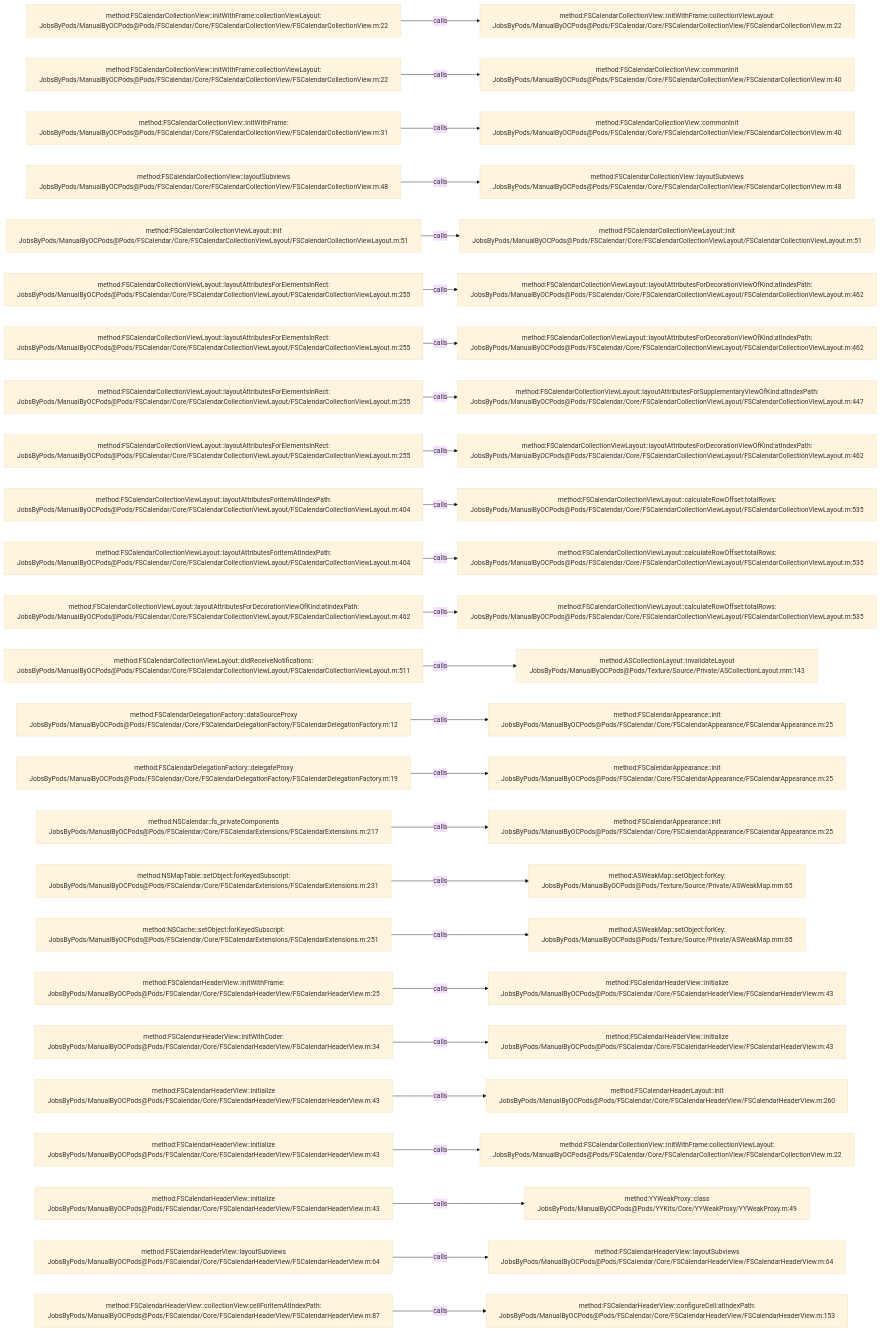
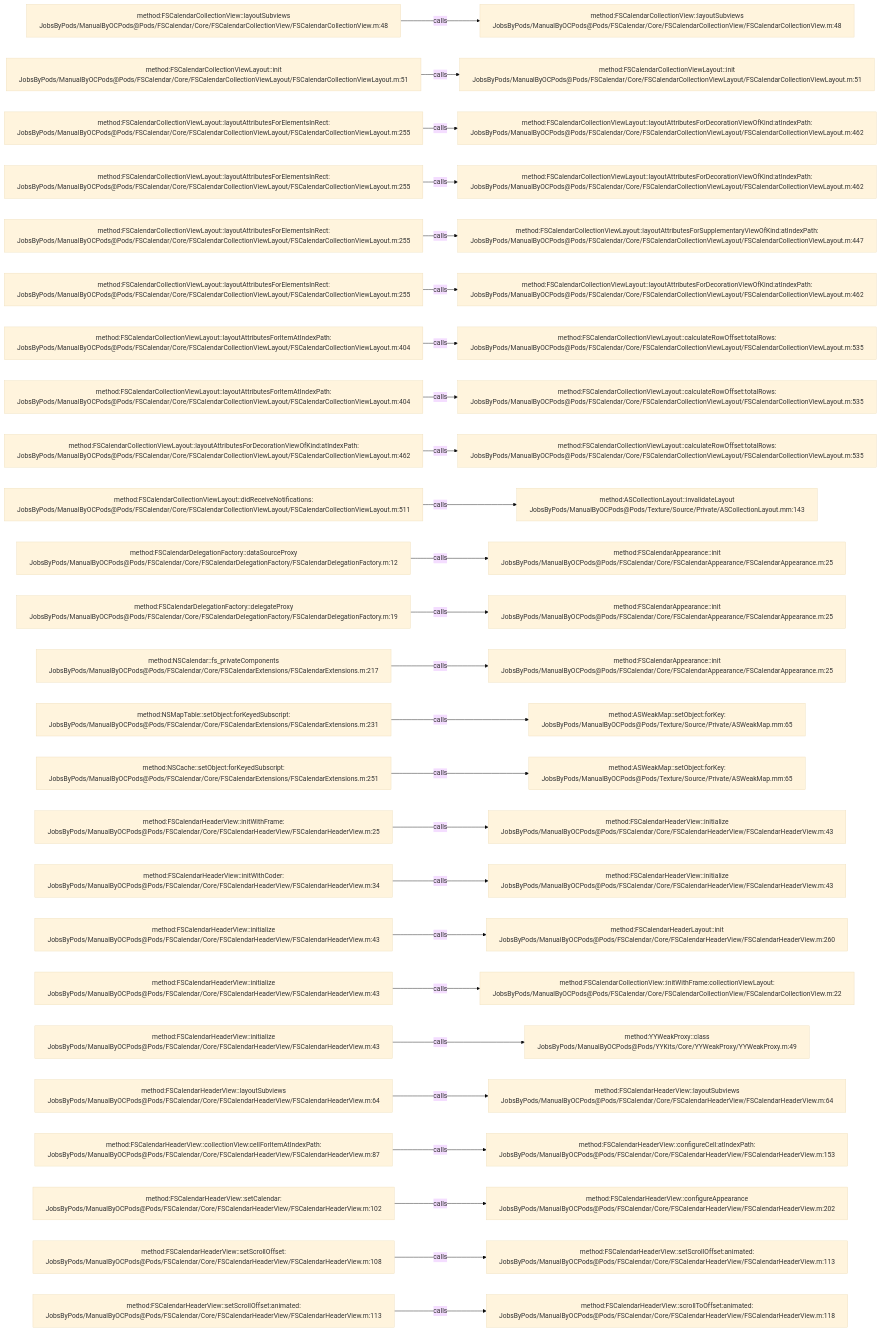
The diagram in .codegraph/codegraph.md/graphs/calls-016.md (JobsKits/JobsOCBaseConfigDemo), drawn with Mermaid (base theme) before and after one commit. The commit also changed 727 other files, not shown here.

````diff
--- a/.codegraph/codegraph.md/graphs/calls-016.md
+++ b/.codegraph/codegraph.md/graphs/calls-016.md
@@ -13,78 +13,78 @@
 ```mermaid
 flowchart LR
-  S1["method:FSCalendarCollectionView::initWithFrame:collectionViewLayout:<br/>JobsByPods/ManualByOCPods@Pods/FSCalendar/Core/FSCalendarCollectionView/FSCalendarCollectionView.m:22"]
-  T1["method:FSCalendarCollectionView::initWithFrame:collectionViewLayout:<br/>JobsByPods/ManualByOCPods@Pods/FSCalendar/Core/FSCalendarCollectionView/FSCalendarCollectionView.m:22"]
+  S1["method:FSCalendarCollectionView::layoutSubviews<br/>JobsByPods/ManualByOCPods@Pods/FSCalendar/Core/FSCalendarCollectionView/FSCalendarCollectionView.m:48"]
+  T1["method:FSCalendarCollectionView::layoutSubviews<br/>JobsByPods/ManualByOCPods@Pods/FSCalendar/Core/FSCalendarCollectionView/FSCalendarCollectionView.m:48"]
   S1 -->|calls| T1
-  S2["method:FSCalendarCollectionView::initWithFrame:collectionViewLayout:<br/>JobsByPods/ManualByOCPods@Pods/FSCalendar/Core/FSCalendarCollectionView/FSCalendarCollectionView.m:22"]
-  T2["method:FSCalendarCollectionView::commonInit<br/>JobsByPods/ManualByOCPods@Pods/FSCalendar/Core/FSCalendarCollectionView/FSCalendarCollectionView.m:40"]
+  S2["method:FSCalendarCollectionViewLayout::init<br/>JobsByPods/ManualByOCPods@Pods/FSCalendar/Core/FSCalendarCollectionViewLayout/FSCalendarCollectionViewLayout.m:51"]
+  T2["method:FSCalendarCollectionViewLayout::init<br/>JobsByPods/ManualByOCPods@Pods/FSCalendar/Core/FSCalendarCollectionViewLayout/FSCalendarCollectionViewLayout.m:51"]
   S2 -->|calls| T2
-  S3["method:FSCalendarCollectionView::initWithFrame:<br/>JobsByPods/ManualByOCPods@Pods/FSCalendar/Core/FSCalendarCollectionView/FSCalendarCollectionView.m:31"]
-  T3["method:FSCalendarCollectionView::commonInit<br/>JobsByPods/ManualByOCPods@Pods/FSCalendar/Core/FSCalendarCollectionView/FSCalendarCollectionView.m:40"]
+  S3["method:FSCalendarCollectionViewLayout::layoutAttributesForElementsInRect:<br/>JobsByPods/ManualByOCPods@Pods/FSCalendar/Core/FSCalendarCollectionViewLayout/FSCalendarCollectionViewLayout.m:255"]
+  T3["method:FSCalendarCollectionViewLayout::layoutAttributesForDecorationViewOfKind:atIndexPath:<br/>JobsByPods/ManualByOCPods@Pods/FSCalendar/Core/FSCalendarCollectionViewLayout/FSCalendarCollectionViewLayout.m:462"]
   S3 -->|calls| T3
-  S4["method:FSCalendarCollectionView::layoutSubviews<br/>JobsByPods/ManualByOCPods@Pods/FSCalendar/Core/FSCalendarCollectionView/FSCalendarCollectionView.m:48"]
-  T4["method:FSCalendarCollectionView::layoutSubviews<br/>JobsByPods/ManualByOCPods@Pods/FSCalendar/Core/FSCalendarCollectionView/FSCalendarCollectionView.m:48"]
+  S4["method:FSCalendarCollectionViewLayout::layoutAttributesForElementsInRect:<br/>JobsByPods/ManualByOCPods@Pods/FSCalendar/Core/FSCalendarCollectionViewLayout/FSCalendarCollectionViewLayout.m:255"]
+  T4["method:FSCalendarCollectionViewLayout::layoutAttributesForDecorationViewOfKind:atIndexPath:<br/>JobsByPods/ManualByOCPods@Pods/FSCalendar/Core/FSCalendarCollectionViewLayout/FSCalendarCollectionViewLayout.m:462"]
   S4 -->|calls| T4
-  S5["method:FSCalendarCollectionViewLayout::init<br/>JobsByPods/ManualByOCPods@Pods/FSCalendar/Core/FSCalendarCollectionViewLayout/FSCalendarCollectionViewLayout.m:51"]
-  T5["method:FSCalendarCollectionViewLayout::init<br/>JobsByPods/ManualByOCPods@Pods/FSCalendar/Core/FSCalendarCollectionViewLayout/FSCalendarCollectionViewLayout.m:51"]
+  S5["method:FSCalendarCollectionViewLayout::layoutAttributesForElementsInRect:<br/>JobsByPods/ManualByOCPods@Pods/FSCalendar/Core/FSCalendarCollectionViewLayout/FSCalendarCollectionViewLayout.m:255"]
+  T5["method:FSCalendarCollectionViewLayout::layoutAttributesForSupplementaryViewOfKind:atIndexPath:<br/>JobsByPods/ManualByOCPods@Pods/FSCalendar/Core/FSCalendarCollectionViewLayout/FSCalendarCollectionViewLayout.m:447"]
   S5 -->|calls| T5
   S6["method:FSCalendarCollectionViewLayout::layoutAttributesForElementsInRect:<br/>JobsByPods/ManualByOCPods@Pods/FSCalendar/Core/FSCalendarCollectionViewLayout/FSCalendarCollectionViewLayout.m:255"]
   T6["method:FSCalendarCollectionViewLayout::layoutAttributesForDecorationViewOfKind:atIndexPath:<br/>JobsByPods/ManualByOCPods@Pods/FSCalendar/Core/FSCalendarCollectionViewLayout/FSCalendarCollectionViewLayout.m:462"]
   S6 -->|calls| T6
-  S7["method:FSCalendarCollectionViewLayout::layoutAttributesForElementsInRect:<br/>JobsByPods/ManualByOCPods@Pods/FSCalendar/Core/FSCalendarCollectionViewLayout/FSCalendarCollectionViewLayout.m:255"]
-  T7["method:FSCalendarCollectionViewLayout::layoutAttributesForDecorationViewOfKind:atIndexPath:<br/>JobsByPods/ManualByOCPods@Pods/FSCalendar/Core/FSCalendarCollectionViewLayout/FSCalendarCollectionViewLayout.m:462"]
+  S7["method:FSCalendarCollectionViewLayout::layoutAttributesForItemAtIndexPath:<br/>JobsByPods/ManualByOCPods@Pods/FSCalendar/Core/FSCalendarCollectionViewLayout/FSCalendarCollectionViewLayout.m:404"]
+  T7["method:FSCalendarCollectionViewLayout::calculateRowOffset:totalRows:<br/>JobsByPods/ManualByOCPods@Pods/FSCalendar/Core/FSCalendarCollectionViewLayout/FSCalendarCollectionViewLayout.m:535"]
   S7 -->|calls| T7
-  S8["method:FSCalendarCollectionViewLayout::layoutAttributesForElementsInRect:<br/>JobsByPods/ManualByOCPods@Pods/FSCalendar/Core/FSCalendarCollectionViewLayout/FSCalendarCollectionViewLayout.m:255"]
-  T8["method:FSCalendarCollectionViewLayout::layoutAttributesForSupplementaryViewOfKind:atIndexPath:<br/>JobsByPods/ManualByOCPods@Pods/FSCalendar/Core/FSCalendarCollectionViewLayout/FSCalendarCollectionViewLayout.m:447"]
+  S8["method:FSCalendarCollectionViewLayout::layoutAttributesForItemAtIndexPath:<br/>JobsByPods/ManualByOCPods@Pods/FSCalendar/Core/FSCalendarCollectionViewLayout/FSCalendarCollectionViewLayout.m:404"]
+  T8["method:FSCalendarCollectionViewLayout::calculateRowOffset:totalRows:<br/>JobsByPods/ManualByOCPods@Pods/FSCalendar/Core/FSCalendarCollectionViewLayout/FSCalendarCollectionViewLayout.m:535"]
   S8 -->|calls| T8
-  S9["method:FSCalendarCollectionViewLayout::layoutAttributesForElementsInRect:<br/>JobsByPods/ManualByOCPods@Pods/FSCalendar/Core/FSCalendarCollectionViewLayout/FSCalendarCollectionViewLayout.m:255"]
-  T9["method:FSCalendarCollectionViewLayout::layoutAttributesForDecorationViewOfKind:atIndexPath:<br/>JobsByPods/ManualByOCPods@Pods/FSCalendar/Core/FSCalendarCollectionViewLayout/FSCalendarCollectionViewLayout.m:462"]
+  S9["method:FSCalendarCollectionViewLayout::layoutAttributesForDecorationViewOfKind:atIndexPath:<br/>JobsByPods/ManualByOCPods@Pods/FSCalendar/Core/FSCalendarCollectionViewLayout/FSCalendarCollectionViewLayout.m:462"]
+  T9["method:FSCalendarCollectionViewLayout::calculateRowOffset:totalRows:<br/>JobsByPods/ManualByOCPods@Pods/FSCalendar/Core/FSCalendarCollectionViewLayout/FSCalendarCollectionViewLayout.m:535"]
   S9 -->|calls| T9
-  S10["method:FSCalendarCollectionViewLayout::layoutAttributesForItemAtIndexPath:<br/>JobsByPods/ManualByOCPods@Pods/FSCalendar/Core/FSCalendarCollectionViewLayout/FSCalendarCollectionViewLayout.m:404"]
-  T10["method:FSCalendarCollectionViewLayout::calculateRowOffset:totalRows:<br/>JobsByPods/ManualByOCPods@Pods/FSCalendar/Core/FSCalendarCollectionViewLayout/FSCalendarCollectionViewLayout.m:535"]
+  S10["method:FSCalendarCollectionViewLayout::didReceiveNotifications:<br/>JobsByPods/ManualByOCPods@Pods/FSCalendar/Core/FSCalendarCollectionViewLayout/FSCalendarCollectionViewLayout.m:511"]
+  T10["method:ASCollectionLayout::invalidateLayout<br/>JobsByPods/ManualByOCPods@Pods/Texture/Source/Private/ASCollectionLayout.mm:143"]
   S10 -->|calls| T10
-  S11["method:FSCalendarCollectionViewLayout::layoutAttributesForItemAtIndexPath:<br/>JobsByPods/ManualByOCPods@Pods/FSCalendar/Core/FSCalendarCollectionViewLayout/FSCalendarCollectionViewLayout.m:404"]
-  T11["method:FSCalendarCollectionViewLayout::calculateRowOffset:totalRows:<br/>JobsByPods/ManualByOCPods@Pods/FSCalendar/Core/FSCalendarCollectionViewLayout/FSCalendarCollectionViewLayout.m:535"]
+  S11["method:FSCalendarDelegationFactory::dataSourceProxy<br/>JobsByPods/ManualByOCPods@Pods/FSCalendar/Core/FSCalendarDelegationFactory/FSCalendarDelegationFactory.m:12"]
+  T11["method:FSCalendarAppearance::init<br/>JobsByPods/ManualByOCPods@Pods/FSCalendar/Core/FSCalendarAppearance/FSCalendarAppearance.m:25"]
   S11 -->|calls| T11
-  S12["method:FSCalendarCollectionViewLayout::layoutAttributesForDecorationViewOfKind:atIndexPath:<br/>JobsByPods/ManualByOCPods@Pods/FSCalendar/Core/FSCalendarCollectionViewLayout/FSCalendarCollectionViewLayout.m:462"]
-  T12["method:FSCalendarCollectionViewLayout::calculateRowOffset:totalRows:<br/>JobsByPods/ManualByOCPods@Pods/FSCalendar/Core/FSCalendarCollectionViewLayout/FSCalendarCollectionViewLayout.m:535"]
+  S12["method:FSCalendarDelegationFactory::delegateProxy<br/>JobsByPods/ManualByOCPods@Pods/FSCalendar/Core/FSCalendarDelegationFactory/FSCalendarDelegationFactory.m:19"]
+  T12["method:FSCalendarAppearance::init<br/>JobsByPods/ManualByOCPods@Pods/FSCalendar/Core/FSCalendarAppearance/FSCalendarAppearance.m:25"]
   S12 -->|calls| T12
-  S13["method:FSCalendarCollectionViewLayout::didReceiveNotifications:<br/>JobsByPods/ManualByOCPods@Pods/FSCalendar/Core/FSCalendarCollectionViewLayout/FSCalendarCollectionViewLayout.m:511"]
-  T13["method:ASCollectionLayout::invalidateLayout<br/>JobsByPods/ManualByOCPods@Pods/Texture/Source/Private/ASCollectionLayout.mm:143"]
+  S13["method:NSCalendar::fs_privateComponents<br/>JobsByPods/ManualByOCPods@Pods/FSCalendar/Core/FSCalendarExtensions/FSCalendarExtensions.m:217"]
+  T13["method:FSCalendarAppearance::init<br/>JobsByPods/ManualByOCPods@Pods/FSCalendar/Core/FSCalendarAppearance/FSCalendarAppearance.m:25"]
   S13 -->|calls| T13
-  S14["method:FSCalendarDelegationFactory::dataSourceProxy<br/>JobsByPods/ManualByOCPods@Pods/FSCalendar/Core/FSCalendarDelegationFactory/FSCalendarDelegationFactory.m:12"]
-  T14["method:FSCalendarAppearance::init<br/>JobsByPods/ManualByOCPods@Pods/FSCalendar/Core/FSCalendarAppearance/FSCalendarAppearance.m:25"]
+  S14["method:NSMapTable::setObject:forKeyedSubscript:<br/>JobsByPods/ManualByOCPods@Pods/FSCalendar/Core/FSCalendarExtensions/FSCalendarExtensions.m:231"]
+  T14["method:ASWeakMap::setObject:forKey:<br/>JobsByPods/ManualByOCPods@Pods/Texture/Source/Private/ASWeakMap.mm:65"]
   S14 -->|calls| T14
-  S15["method:FSCalendarDelegationFactory::delegateProxy<br/>JobsByPods/ManualByOCPods@Pods/FSCalendar/Core/FSCalendarDelegationFactory/FSCalendarDelegationFactory.m:19"]
-  T15["method:FSCalendarAppearance::init<br/>JobsByPods/ManualByOCPods@Pods/FSCalendar/Core/FSCalendarAppearance/FSCalendarAppearance.m:25"]
+  S15["method:NSCache::setObject:forKeyedSubscript:<br/>JobsByPods/ManualByOCPods@Pods/FSCalendar/Core/FSCalendarExtensions/FSCalendarExtensions.m:251"]
+  T15["method:ASWeakMap::setObject:forKey:<br/>JobsByPods/ManualByOCPods@Pods/Texture/Source/Private/ASWeakMap.mm:65"]
   S15 -->|calls| T15
-  S16["method:NSCalendar::fs_privateComponents<br/>JobsByPods/ManualByOCPods@Pods/FSCalendar/Core/FSCalendarExtensions/FSCalendarExtensions.m:217"]
-  T16["method:FSCalendarAppearance::init<br/>JobsByPods/ManualByOCPods@Pods/FSCalendar/Core/FSCalendarAppearance/FSCalendarAppearance.m:25"]
+  S16["method:FSCalendarHeaderView::initWithFrame:<br/>JobsByPods/ManualByOCPods@Pods/FSCalendar/Core/FSCalendarHeaderView/FSCalendarHeaderView.m:25"]
+  T16["method:FSCalendarHeaderView::initialize<br/>JobsByPods/ManualByOCPods@Pods/FSCalendar/Core/FSCalendarHeaderView/FSCalendarHeaderView.m:43"]
   S16 -->|calls| T16
-  S17["method:NSMapTable::setObject:forKeyedSubscript:<br/>JobsByPods/ManualByOCPods@Pods/FSCalendar/Core/FSCalendarExtensions/FSCalendarExtensions.m:231"]
-  T17["method:ASWeakMap::setObject:forKey:<br/>JobsByPods/ManualByOCPods@Pods/Texture/Source/Private/ASWeakMap.mm:65"]
+  S17["method:FSCalendarHeaderView::initWithCoder:<br/>JobsByPods/ManualByOCPods@Pods/FSCalendar/Core/FSCalendarHeaderView/FSCalendarHeaderView.m:34"]
+  T17["method:FSCalendarHeaderView::initialize<br/>JobsByPods/ManualByOCPods@Pods/FSCalendar/Core/FSCalendarHeaderView/FSCalendarHeaderView.m:43"]
   S17 -->|calls| T17
-  S18["method:NSCache::setObject:forKeyedSubscript:<br/>JobsByPods/ManualByOCPods@Pods/FSCalendar/Core/FSCalendarExtensions/FSCalendarExtensions.m:251"]
-  T18["method:ASWeakMap::setObject:forKey:<br/>JobsByPods/ManualByOCPods@Pods/Texture/Source/Private/ASWeakMap.mm:65"]
+  S18["method:FSCalendarHeaderView::initialize<br/>JobsByPods/ManualByOCPods@Pods/FSCalendar/Core/FSCalendarHeaderView/FSCalendarHeaderView.m:43"]
+  T18["method:FSCalendarHeaderLayout::init<br/>JobsByPods/ManualByOCPods@Pods/FSCalendar/Core/FSCalendarHeaderView/FSCalendarHeaderView.m:260"]
   S18 -->|calls| T18
-  S19["method:FSCalendarHeaderView::initWithFrame:<br/>JobsByPods/ManualByOCPods@Pods/FSCalendar/Core/FSCalendarHeaderView/FSCalendarHeaderView.m:25"]
-  T19["method:FSCalendarHeaderView::initialize<br/>JobsByPods/ManualByOCPods@Pods/FSCalendar/Core/FSCalendarHeaderView/FSCalendarHeaderView.m:43"]
+  S19["method:FSCalendarHeaderView::initialize<br/>JobsByPods/ManualByOCPods@Pods/FSCalendar/Core/FSCalendarHeaderView/FSCalendarHeaderView.m:43"]
+  T19["method:FSCalendarCollectionView::initWithFrame:collectionViewLayout:<br/>JobsByPods/ManualByOCPods@Pods/FSCalendar/Core/FSCalendarCollectionView/FSCalendarCollectionView.m:22"]
   S19 -->|calls| T19
-  S20["method:FSCalendarHeaderView::initWithCoder:<br/>JobsByPods/ManualByOCPods@Pods/FSCalendar/Core/FSCalendarHeaderView/FSCalendarHeaderView.m:34"]
-  T20["method:FSCalendarHeaderView::initialize<br/>JobsByPods/ManualByOCPods@Pods/FSCalendar/Core/FSCalendarHeaderView/FSCalendarHeaderView.m:43"]
+  S20["method:FSCalendarHeaderView::initialize<br/>JobsByPods/ManualByOCPods@Pods/FSCalendar/Core/FSCalendarHeaderView/FSCalendarHeaderView.m:43"]
+  T20["method:YYWeakProxy::class<br/>JobsByPods/ManualByOCPods@Pods/YYKits/Core/YYWeakProxy/YYWeakProxy.m:49"]
   S20 -->|calls| T20
-  S21["method:FSCalendarHeaderView::initialize<br/>JobsByPods/ManualByOCPods@Pods/FSCalendar/Core/FSCalendarHeaderView/FSCalendarHeaderView.m:43"]
-  T21["method:FSCalendarHeaderLayout::init<br/>JobsByPods/ManualByOCPods@Pods/FSCalendar/Core/FSCalendarHeaderView/FSCalendarHeaderView.m:260"]
+  S21["method:FSCalendarHeaderView::layoutSubviews<br/>JobsByPods/ManualByOCPods@Pods/FSCalendar/Core/FSCalendarHeaderView/FSCalendarHeaderView.m:64"]
+  T21["method:FSCalendarHeaderView::layoutSubviews<br/>JobsByPods/ManualByOCPods@Pods/FSCalendar/Core/FSCalendarHeaderView/FSCalendarHeaderView.m:64"]
   S21 -->|calls| T21
-  S22["method:FSCalendarHeaderView::initialize<br/>JobsByPods/ManualByOCPods@Pods/FSCalendar/Core/FSCalendarHeaderView/FSCalendarHeaderView.m:43"]
-  T22["method:FSCalendarCollectionView::initWithFrame:collectionViewLayout:<br/>JobsByPods/ManualByOCPods@Pods/FSCalendar/Core/FSCalendarCollectionView/FSCalendarCollectionView.m:22"]
+  S22["method:FSCalendarHeaderView::collectionView:cellForItemAtIndexPath:<br/>JobsByPods/ManualByOCPods@Pods/FSCalendar/Core/FSCalendarHeaderView/FSCalendarHeaderView.m:87"]
+  T22["method:FSCalendarHeaderView::configureCell:atIndexPath:<br/>JobsByPods/ManualByOCPods@Pods/FSCalendar/Core/FSCalendarHeaderView/FSCalendarHeaderView.m:153"]
   S22 -->|calls| T22
-  S23["method:FSCalendarHeaderView::initialize<br/>JobsByPods/ManualByOCPods@Pods/FSCalendar/Core/FSCalendarHeaderView/FSCalendarHeaderView.m:43"]
-  T23["method:YYWeakProxy::class<br/>JobsByPods/ManualByOCPods@Pods/YYKits/Core/YYWeakProxy/YYWeakProxy.m:49"]
+  S23["method:FSCalendarHeaderView::setCalendar:<br/>JobsByPods/ManualByOCPods@Pods/FSCalendar/Core/FSCalendarHeaderView/FSCalendarHeaderView.m:102"]
+  T23["method:FSCalendarHeaderView::configureAppearance<br/>JobsByPods/ManualByOCPods@Pods/FSCalendar/Core/FSCalendarHeaderView/FSCalendarHeaderView.m:202"]
   S23 -->|calls| T23
-  S24["method:FSCalendarHeaderView::layoutSubviews<br/>JobsByPods/ManualByOCPods@Pods/FSCalendar/Core/FSCalendarHeaderView/FSCalendarHeaderView.m:64"]
-  T24["method:FSCalendarHeaderView::layoutSubviews<br/>JobsByPods/ManualByOCPods@Pods/FSCalendar/Core/FSCalendarHeaderView/FSCalendarHeaderView.m:64"]
+  S24["method:FSCalendarHeaderView::setScrollOffset:<br/>JobsByPods/ManualByOCPods@Pods/FSCalendar/Core/FSCalendarHeaderView/FSCalendarHeaderView.m:108"]
+  T24["method:FSCalendarHeaderView::setScrollOffset:animated:<br/>JobsByPods/ManualByOCPods@Pods/FSCalendar/Core/FSCalendarHeaderView/FSCalendarHeaderView.m:113"]
   S24 -->|calls| T24
-  S25["method:FSCalendarHeaderView::collectionView:cellForItemAtIndexPath:<br/>JobsByPods/ManualByOCPods@Pods/FSCalendar/Core/FSCalendarHeaderView/FSCalendarHeaderView.m:87"]
-  T25["method:FSCalendarHeaderView::configureCell:atIndexPath:<br/>JobsByPods/ManualByOCPods@Pods/FSCalendar/Core/FSCalendarHeaderView/FSCalendarHeaderView.m:153"]
+  S25["method:FSCalendarHeaderView::setScrollOffset:animated:<br/>JobsByPods/ManualByOCPods@Pods/FSCalendar/Core/FSCalendarHeaderView/FSCalendarHeaderView.m:113"]
+  T25["method:FSCalendarHeaderView::scrollToOffset:animated:<br/>JobsByPods/ManualByOCPods@Pods/FSCalendar/Core/FSCalendarHeaderView/FSCalendarHeaderView.m:118"]
   S25 -->|calls| T25
 ```
````
